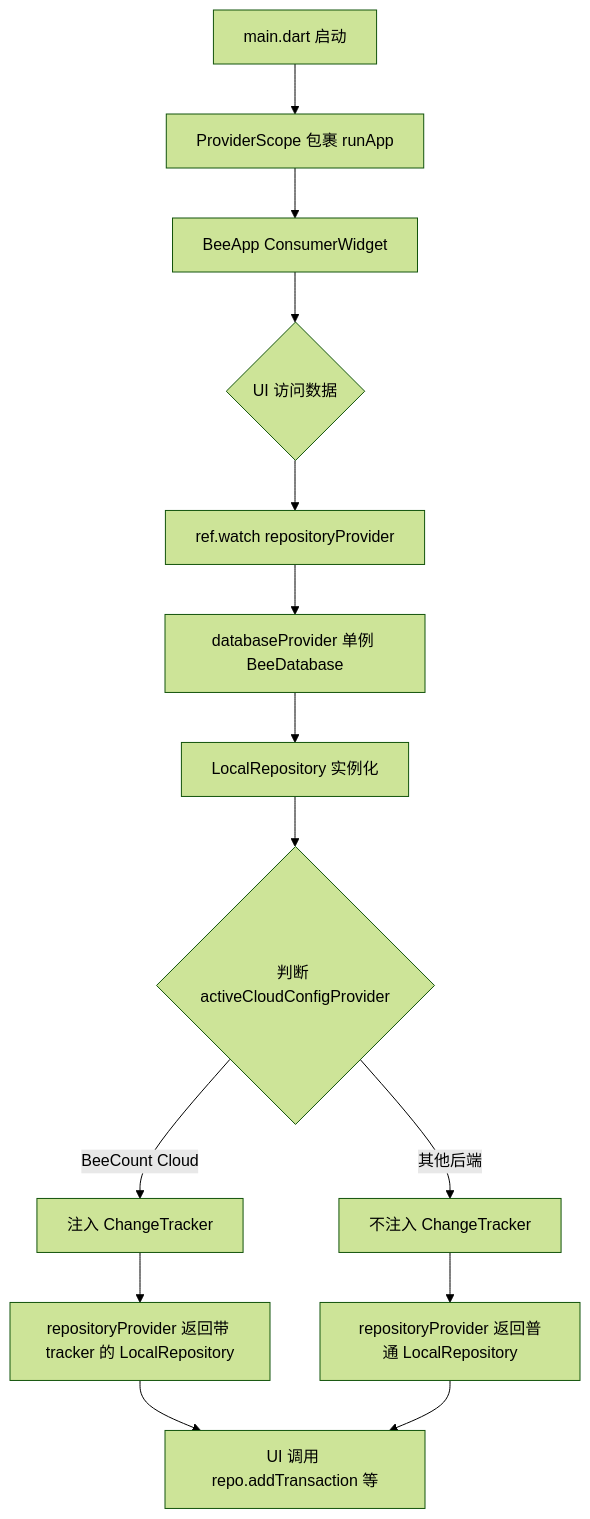
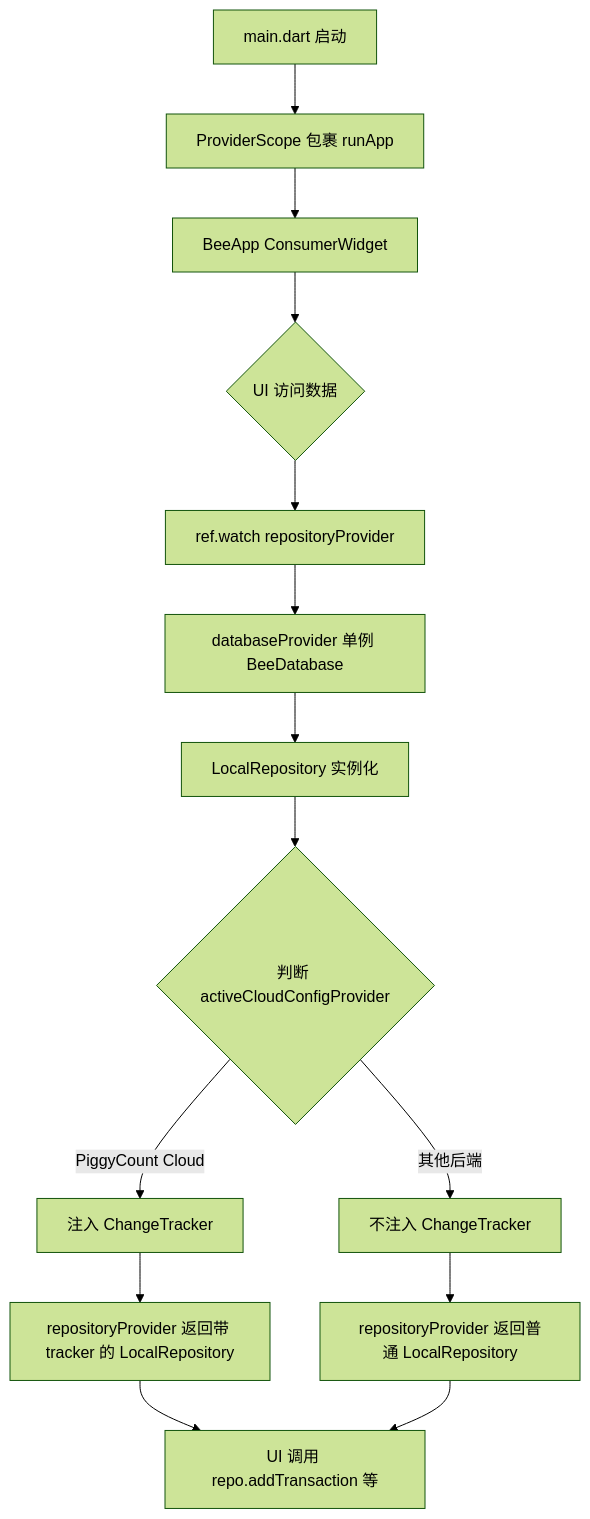
The second of 4 diagrams in docoments/03-tech-stack.md (mecoren/PiggyCount), drawn with Mermaid (forest theme) before and after one commit. The commit also changed other lines of this file and 91 other files, not shown here.

````diff
--- a/docoments/03-tech-stack.md
+++ b/docoments/03-tech-stack.md
@@ -273,16 +273,16 @@
 ```mermaid
 flowchart TD
     A[main.dart 启动] --> B[ProviderScope 包裹 runApp]
     B --> C[BeeApp ConsumerWidget]
     C --> D{UI 访问数据}
     D --> E[ref.watch repositoryProvider]
     E --> F[databaseProvider 单例 BeeDatabase]
     F --> G[LocalRepository 实例化]
     G --> H{判断 activeCloudConfigProvider}
-    H -->|BeeCount Cloud| I[注入 ChangeTracker]
+    H -->|PiggyCount Cloud| I[注入 ChangeTracker]
     H -->|其他后端| J[不注入 ChangeTracker]
     I --> K[repositoryProvider 返回带 tracker 的 LocalRepository]
     J --> L[repositoryProvider 返回普通 LocalRepository]
     K --> M[UI 调用 repo.addTransaction 等]
     L --> M
 ```
````
